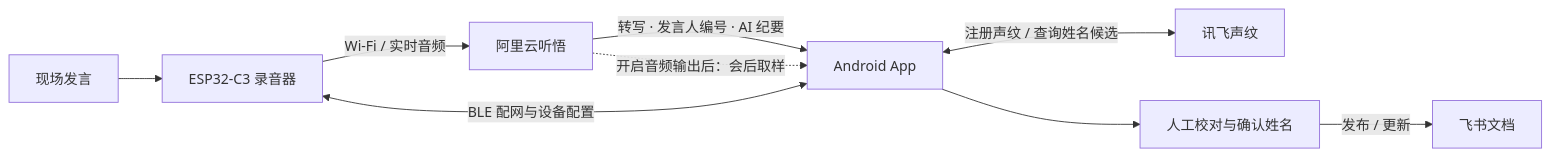
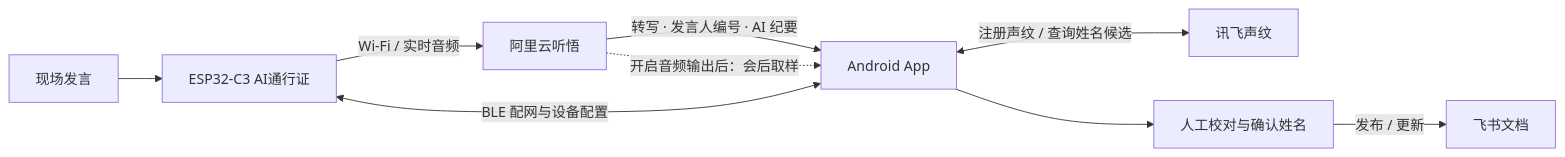
Before and after one commit to 1ikeMcFlurry/folo-meeting: the diagram in README.md, drawn with Mermaid. The commit also changed other lines of this file and 16 other files, not shown here.

Commit message:
chore: unify device copy as AI通行证 and release v0.1.1

````diff
--- a/README.md
+++ b/README.md
@@ -35,11 +35,11 @@
 ```mermaid
 flowchart LR
-    User[现场发言] --> Device[ESP32-C3 录音器]
+    User[现场发言] --> Device[ESP32-C3 AI通行证]
     App[Android App] <-->|BLE 配网与设备配置| Device
     Device -->|Wi-Fi / 实时音频| Tingwu[阿里云听悟]
     Tingwu -->|转写 · 发言人编号 · AI 纪要| App
     Tingwu -.->|开启音频输出后：会后取样| App
     App <-->|注册声纹 / 查询姓名候选| Xfyun[讯飞声纹]
     App --> Confirm[人工校对与确认姓名]
     Confirm -->|发布 / 更新| Feishu[飞书文档]
 ```
````
